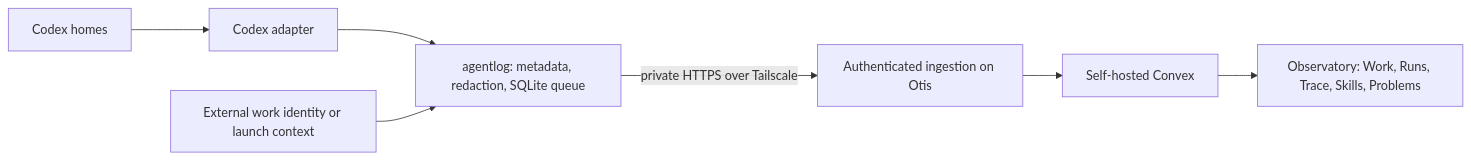
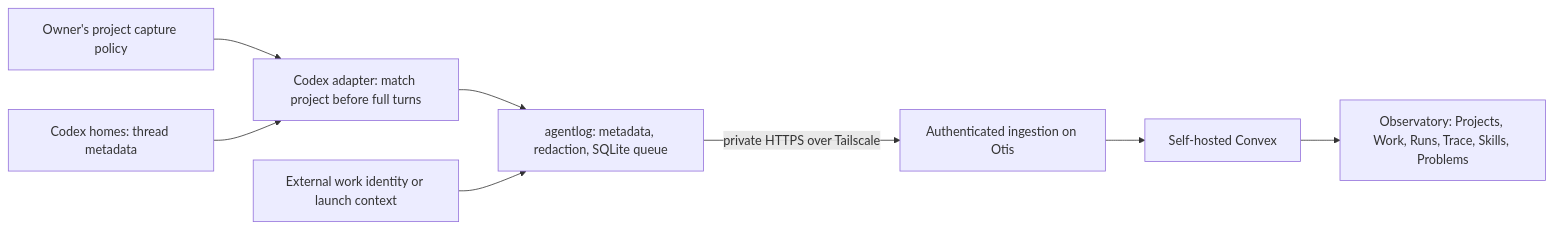
Before and after one commit to applification/astack: the diagram in docs/agent-observatory.md, drawn with Mermaid. The commit also changed other lines of this file and 34 other files, not shown here.

Commit message:
Scope Observatory capture and reports to enrolled projects

````diff
--- a/docs/agent-observatory.md
+++ b/docs/agent-observatory.md
@@ -5,9 +5,10 @@
 ```mermaid
 flowchart LR
-  C[Codex homes] --> A[Codex adapter]
+  P[Owner's project capture policy] --> A
+  C[Codex homes: thread metadata] --> A[Codex adapter: match project before full turns]
   A --> L[agentlog: metadata, redaction, SQLite queue]
   L -->|private HTTPS over Tailscale| I[Authenticated ingestion on Otis]
   I --> V[Self-hosted Convex]
-  V --> U[Observatory: Work, Runs, Trace, Skills, Problems]
+  V --> U[Observatory: Projects, Work, Runs, Trace, Skills, Problems]
   W[External work identity or launch context] --> L
 ```
````
